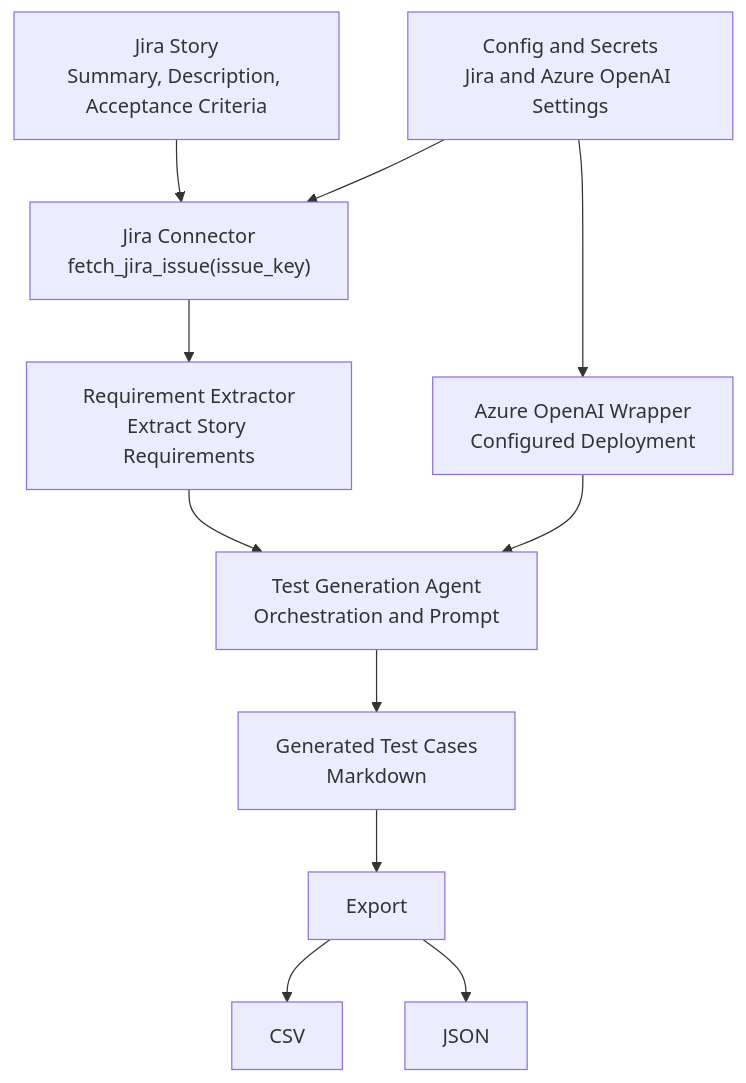
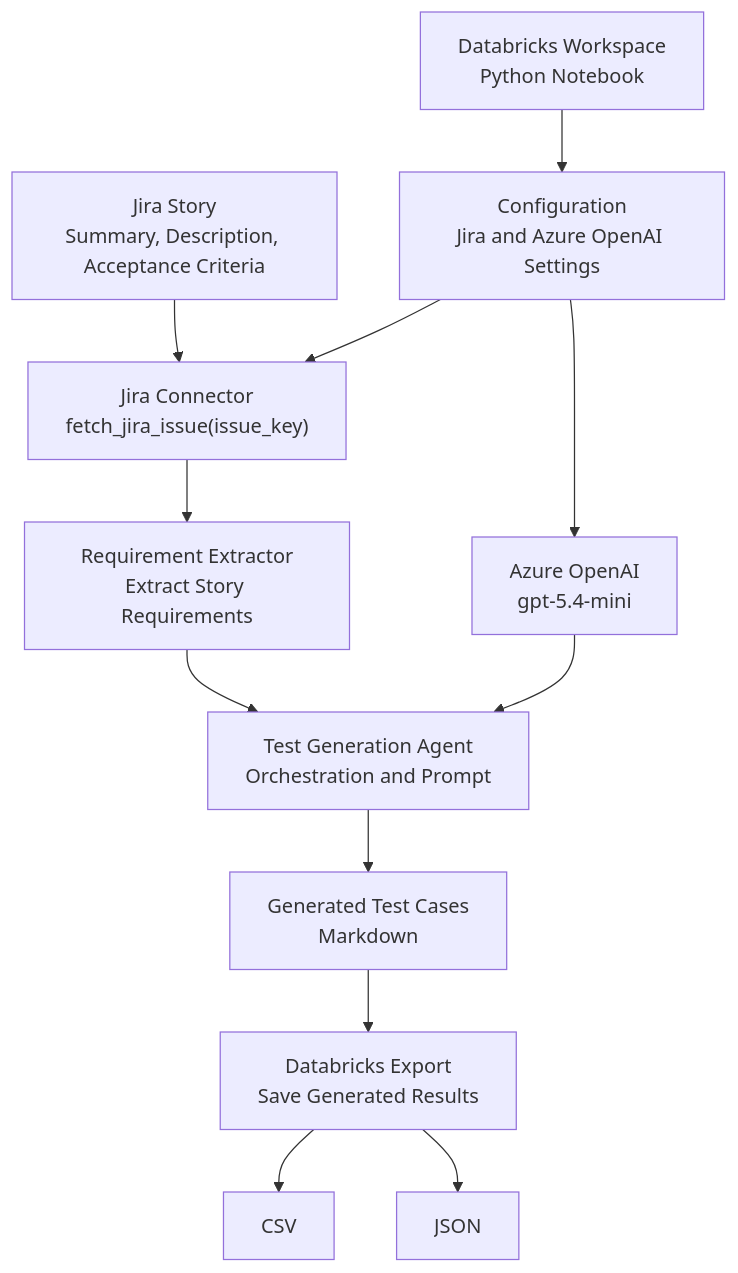
One commit to UnDerl4Y/ai-agentic-engineer-msfoundry changed the diagram in Instructions/Exercises/Day08/lab02-databricks-jira-openai-test-generation.md. Above: the diagram before and after it, drawn with Mermaid. The commit also changed other lines of this file, not shown here.

````diff
--- a/Instructions/Exercises/Day08/lab02-databricks-jira-openai-test-generation.md
+++ b/Instructions/Exercises/Day08/lab02-databricks-jira-openai-test-generation.md
@@ -50,24 +51,26 @@
 ```mermaid
 flowchart TD
     A["Jira Story<br/>Summary, Description, Acceptance Criteria"]
-    B["Config and Secrets<br/>Jira and Azure OpenAI Settings"]
-    C["Jira Connector<br/>fetch_jira_issue(issue_key)"]
-    D["Requirement Extractor<br/>Extract Story Requirements"]
-    E["Azure OpenAI Wrapper<br/>Configured Deployment"]
-    F["Test Generation Agent<br/>Orchestration and Prompt"]
-    G["Generated Test Cases<br/>Markdown"]
-    H["Export"]
-    I["CSV"]
-    J["JSON"]
+    B["Databricks Workspace<br/>Python Notebook"]
+    C["Configuration<br/>Jira and Azure OpenAI Settings"]
+    D["Jira Connector<br/>fetch_jira_issue(issue_key)"]
+    E["Requirement Extractor<br/>Extract Story Requirements"]
+    F["Azure OpenAI<br/>gpt-5.4-mini"]
+    G["Test Generation Agent<br/>Orchestration and Prompt"]
+    H["Generated Test Cases<br/>Markdown"]
+    I["Databricks Export<br/>Save Generated Results"]
+    J["CSV"]
+    K["JSON"]
 
-    A --> C
     B --> C
-    B --> E
+    A --> D
     C --> D
-    D --> F
-    E --> F
+    C --> F
+    D --> E
+    E --> G
     F --> G
     G --> H
     H --> I
-    H --> J
+    I --> J
+    I --> K
 ```
````
